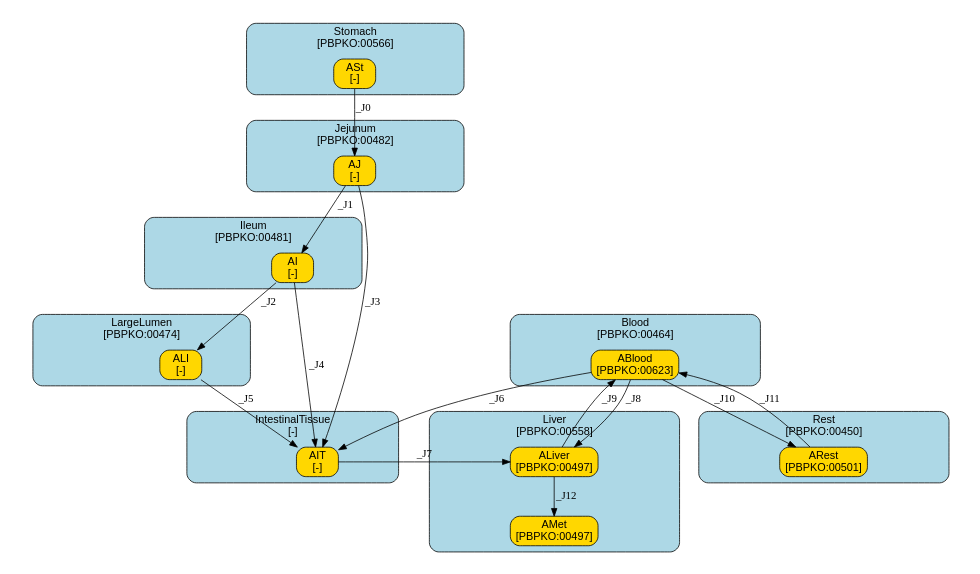
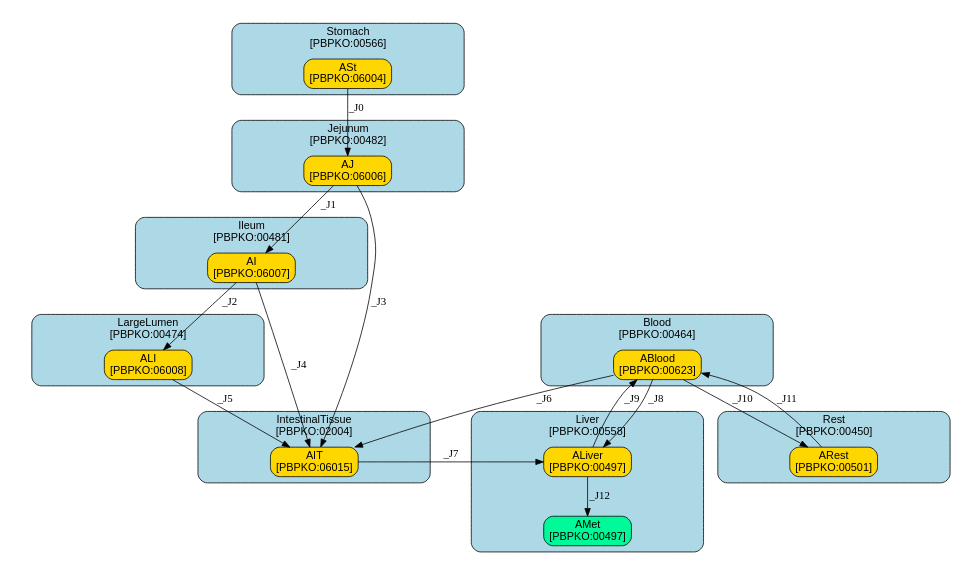
Before and after one commit to fair-pbk/exposure-route-pbk-models: the diagram in models/oral/Mycotoxins/Wang/summary.dot, drawn with Graphviz. The commit also changed 174 other files, not shown here.

```diff
--- a/models/oral/Mycotoxins/Wang/summary.dot
+++ b/models/oral/Mycotoxins/Wang/summary.dot
@@ -1,172 +1,172 @@
 digraph {
 	graph [ratio=fill,
 		size="7,4"
 	];
 	node [fontname=Arial];
 	subgraph cluster_Stomach {
 		graph [color=black,
 			fillcolor=lightblue,
 			fontname=Arial,
 			href="#compartment-Stomach",
 			label="Stomach
 [PBPKO:00566]",
 			shape=box,
 			style="filled,rounded"
 		];
 		ASt	[color=black,
 			fillcolor=gold,
 			href="#species-ASt",
 			label="ASt
-[-]",
+[PBPKO:06004]",
 			shape=box,
 			style="filled,rounded"];
 	}
 	subgraph cluster_Jejunum {
 		graph [color=black,
 			fillcolor=lightblue,
 			fontname=Arial,
 			href="#compartment-Jejunum",
 			label="Jejunum
 [PBPKO:00482]",
 			shape=box,
 			style="filled,rounded"
 		];
 		AJ	[color=black,
 			fillcolor=gold,
 			href="#species-AJ",
 			label="AJ
-[-]",
+[PBPKO:06006]",
 			shape=box,
 			style="filled,rounded"];
 	}
 	subgraph cluster_Ileum {
 		graph [color=black,
 			fillcolor=lightblue,
 			fontname=Arial,
 			href="#compartment-Ileum",
 			label="Ileum
 [PBPKO:00481]",
 			shape=box,
 			style="filled,rounded"
 		];
 		AI	[color=black,
 			fillcolor=gold,
 			href="#species-AI",
 			label="AI
-[-]",
+[PBPKO:06007]",
 			shape=box,
 			style="filled,rounded"];
 	}
 	subgraph cluster_LargeLumen {
 		graph [color=black,
 			fillcolor=lightblue,
 			fontname=Arial,
 			href="#compartment-LargeLumen",
 			label="LargeLumen
 [PBPKO:00474]",
 			shape=box,
 			style="filled,rounded"
 		];
 		ALI	[color=black,
 			fillcolor=gold,
 			href="#species-ALI",
 			label="ALI
-[-]",
+[PBPKO:06008]",
 			shape=box,
 			style="filled,rounded"];
 	}
 	subgraph cluster_Liver {
 		graph [color=black,
 			fillcolor=lightblue,
 			fontname=Arial,
 			href="#compartment-Liver",
 			label="Liver
 [PBPKO:00558]",
 			shape=box,
 			style="filled,rounded"
 		];
 		ALiver	[color=black,
 			fillcolor=gold,
 			href="#species-ALiver",
 			label="ALiver
 [PBPKO:00497]",
 			shape=box,
 			style="filled,rounded"];
 		AMet	[color=black,
-			fillcolor=gold,
+			fillcolor=mediumspringgreen,
 			href="#species-AMet",
 			label="AMet
 [PBPKO:00497]",
 			shape=box,
 			style="filled,rounded"];
 	}
 	subgraph cluster_Blood {
 		graph [color=black,
 			fillcolor=lightblue,
 			fontname=Arial,
 			href="#compartment-Blood",
 			label="Blood
 [PBPKO:00464]",
 			shape=box,
 			style="filled,rounded"
 		];
 		ABlood	[color=black,
 			fillcolor=gold,
 			href="#species-ABlood",
 			label="ABlood
 [PBPKO:00623]",
 			shape=box,
 			style="filled,rounded"];
 	}
 	subgraph cluster_Rest {
 		graph [color=black,
 			fillcolor=lightblue,
 			fontname=Arial,
 			href="#compartment-Rest",
 			label="Rest
 [PBPKO:00450]",
 			shape=box,
 			style="filled,rounded"
 		];
 		ARest	[color=black,
 			fillcolor=gold,
 			href="#species-ARest",
 			label="ARest
 [PBPKO:00501]",
 			shape=box,
 			style="filled,rounded"];
 	}
 	subgraph cluster_IntestinalTissue {
 		graph [color=black,
 			fillcolor=lightblue,
 			fontname=Arial,
 			href="#compartment-IntestinalTissue",
 			label="IntestinalTissue
-[-]",
+[PBPKO:02004]",
 			shape=box,
 			style="filled,rounded"
 		];
 		AIT	[color=black,
 			fillcolor=gold,
 			href="#species-AIT",
 			label="AIT
-[-]",
+[PBPKO:06015]",
 			shape=box,
 			style="filled,rounded"];
 	}
 	ASt -> AJ	[label=_J0,
 		minlen=1];
 	AJ -> AI	[label=_J1];
 	AJ -> AIT	[label=_J3];
 	AI -> ALI	[label=_J2];
 	AI -> AIT	[label=_J4];
 	ALI -> AIT	[label=_J5];
 	ALiver -> AMet	[label=_J12,
 		minlen=1];
 	ALiver -> ABlood	[label=_J9];
 	ABlood -> ALiver	[label=_J8];
 	ABlood -> ARest	[label=_J10];
 	ABlood -> AIT	[label=_J6];
 	ARest -> ABlood	[label=_J11];
 	AIT -> ALiver	[label=_J7];
 }
```
